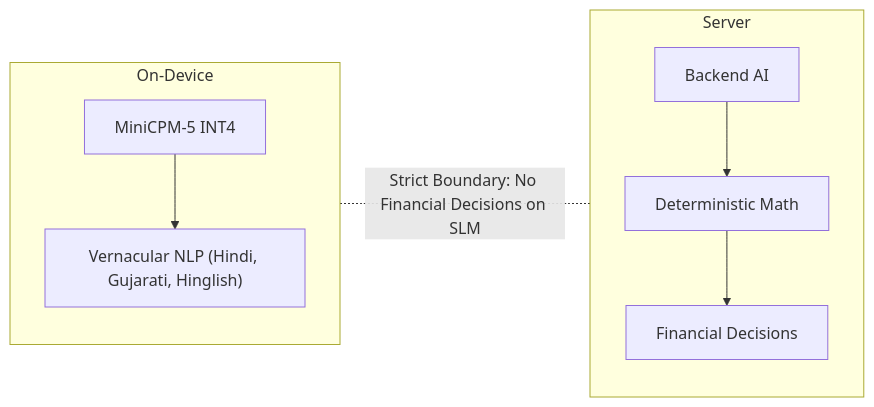
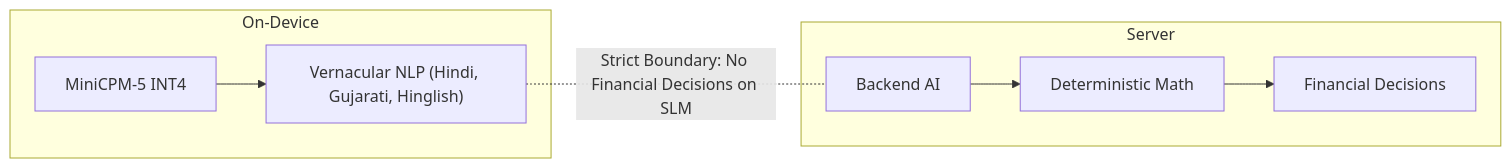
The seventh of 7 diagrams in docs/architecture/overview.md (Neutron-0/ABC-Bank), drawn with Mermaid before and after one commit. The commit also changed other lines of this file and 33 other files, not shown here.

````diff
--- a/docs/architecture/overview.md
+++ b/docs/architecture/overview.md
@@ -157,18 +157,18 @@
 ```mermaid
 flowchart LR
     subgraph "On-Device"
         SLM["MiniCPM-5 INT4"]
         NLP["Vernacular NLP (Hindi, Gujarati, Hinglish)"]
         SLM --> NLP
     end
     
     subgraph "Server"
         DetAI["Backend AI"]
         Math["Deterministic Math"]
         FinDec["Financial Decisions"]
         DetAI --> Math
         Math --> FinDec
     end
     
-    On-Device -.-|"Strict Boundary: No Financial Decisions on SLM"| Server
+    NLP -.-|Strict Boundary: No Financial Decisions on SLM| DetAI
 ```
````
